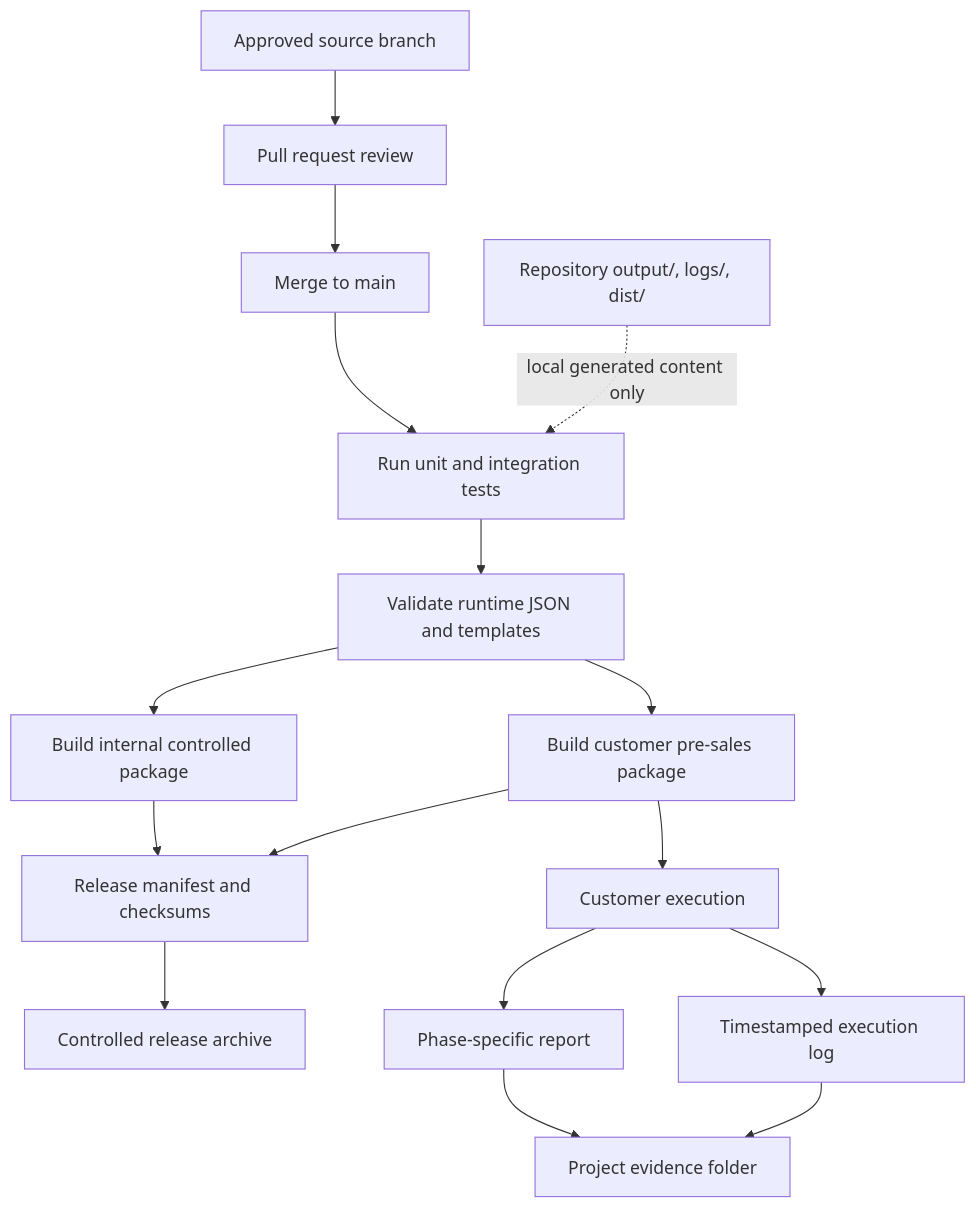
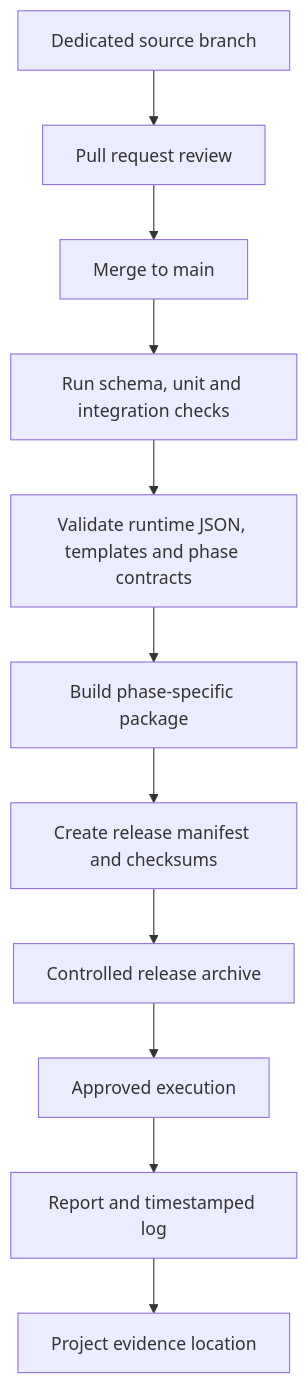
One commit to MightyM-ouse/eMAS changed the third of 3 diagrams in docs/architecture/eMAS_Repository_Architecture.md. Above: the diagram before and after it, drawn with Mermaid. The commit also changed other lines of this file and 18 other files, not shown here.

Commit message:
Synchronize solution architecture and phase contracts

````diff
--- a/docs/architecture/eMAS_Repository_Architecture.md
+++ b/docs/architecture/eMAS_Repository_Architecture.md
@@ -122,21 +124,13 @@
 ```mermaid
 flowchart TD
-    A["Approved source branch"] --> B["Pull request review"]
-    B --> C["Merge to main"]
-    C --> D["Run unit and integration tests"]
-    D --> E["Validate runtime JSON and templates"]
-    E --> F["Build internal controlled package"]
-    E --> G["Build customer pre-sales package"]
-    F --> H["Release manifest and checksums"]
-    G --> H
-    H --> I["Controlled release archive"]
-
-    G --> J["Customer execution"]
-    J --> K["Phase-specific report"]
-    J --> L["Timestamped execution log"]
-
-    K --> M["Project evidence folder"]
-    L --> M
-
-    N["Repository output/, logs/, dist/"] -.->|"local generated content only"| D
+    A[Dedicated source branch] --> B[Pull request review]
+    B --> C[Merge to main]
+    C --> D[Run schema, unit and integration checks]
+    D --> E[Validate runtime JSON, templates and phase contracts]
+    E --> F[Build phase-specific package]
+    F --> G[Create release manifest and checksums]
+    G --> H[Controlled release archive]
+    H --> I[Approved execution]
+    I --> J[Report and timestamped log]
+    J --> K[Project evidence location]
 ```
````
